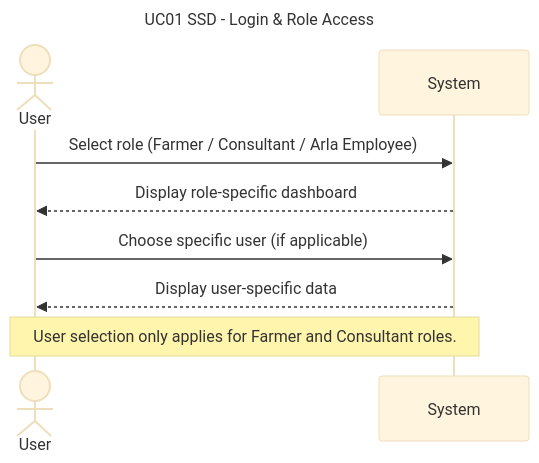
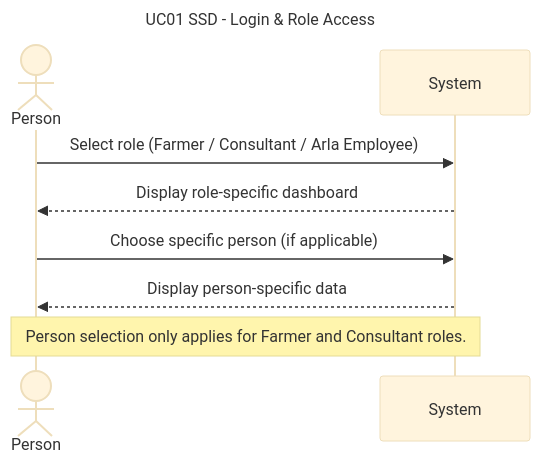
The diagram in docs/UseCase001-LoginAndRoleaccess/UC001-SSD.mmd (DMOoF25-TEAM11/ArlaNatureConnect), drawn with Mermaid (base theme) before and after one commit. The commit also changed 3 other files, not shown here.

Commit message:
User = Person change

```diff
--- a/docs/UseCase001-LoginAndRoleaccess/UC001-SSD.mmd
+++ b/docs/UseCase001-LoginAndRoleaccess/UC001-SSD.mmd
@@ -1,12 +1,12 @@
 sequenceDiagram
     title: UC01 SSD - Login & Role Access
 
-    actor User
+    actor Person
     participant System
 
-    User ->> System: Select role (Farmer / Consultant / Arla Employee)
-    System -->> User: Display role-specific dashboard
-    User ->> System: Choose specific user (if applicable)
-    System -->> User: Display user-specific data
+    Person ->> System: Select role (Farmer / Consultant / Arla Employee)
+    System -->> Person: Display role-specific dashboard
+    Person ->> System: Choose specific person (if applicable)
+    System -->> Person: Display person-specific data
 
-    Note over User,System: User selection only applies for Farmer and Consultant roles.
+    Note over Person,System: Person selection only applies for Farmer and Consultant roles.
```
